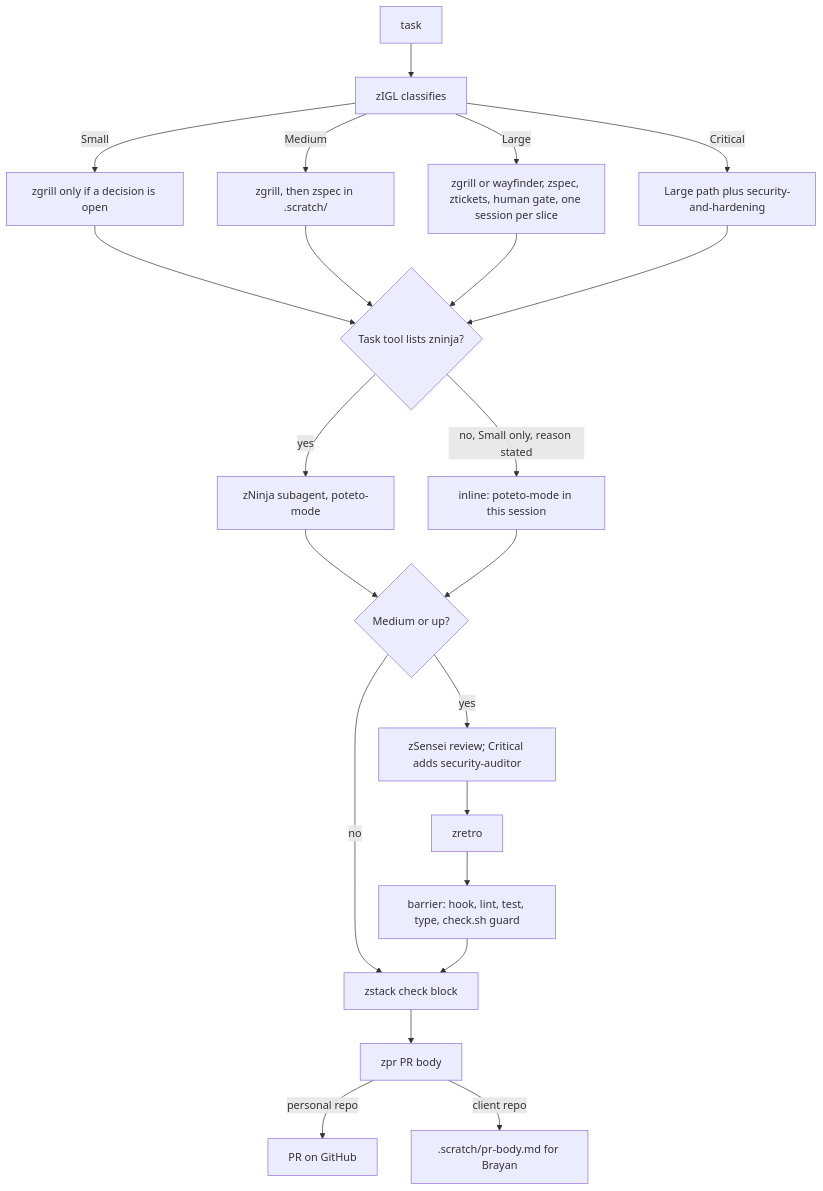
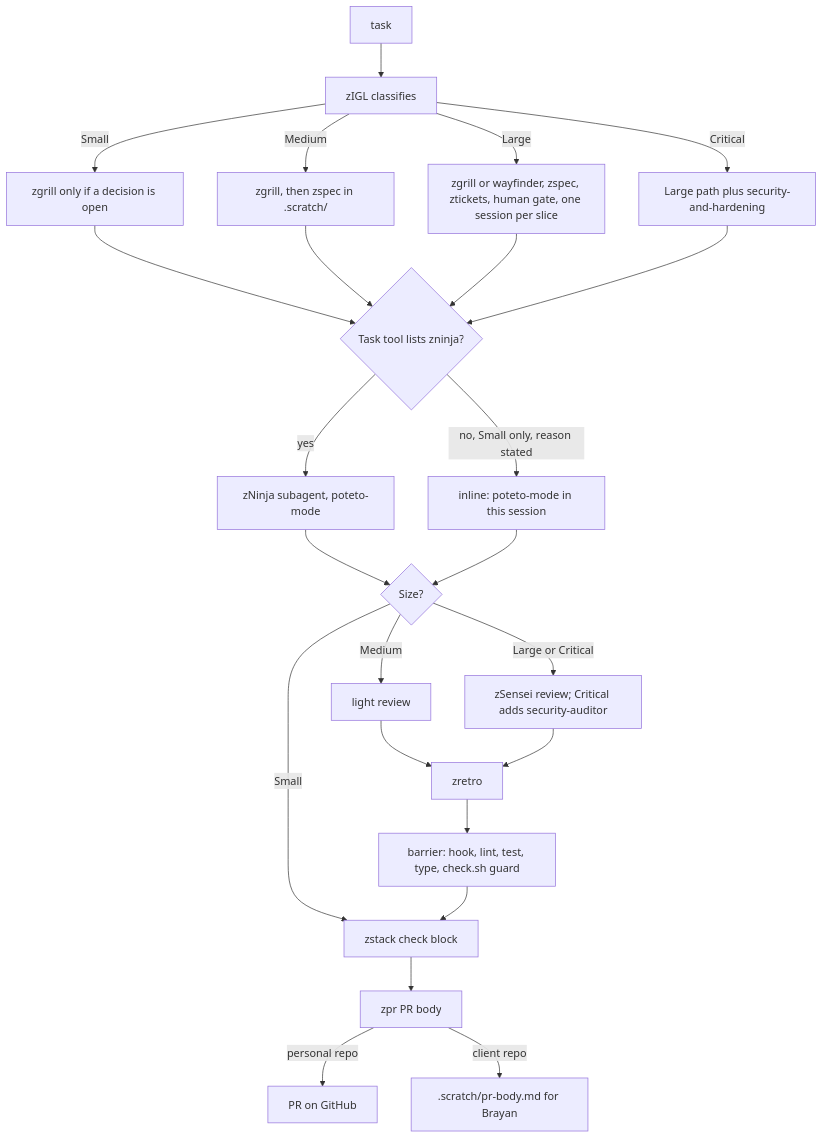
The second of 3 diagrams in docs/architecture.md (Byevenes/agent-workflow), drawn with Mermaid before and after one commit. The commit also changed other lines of this file and 12 other files, not shown here.

First line of the commit message:
feat(zstack): launch the reviewer only for large and critical

````diff
--- a/docs/architecture.md
+++ b/docs/architecture.md
@@ -40,20 +40,22 @@
 ```mermaid
 flowchart TD
   task[task] --> zigl[zIGL classifies]
   zigl -->|Small| s[zgrill only if a decision is open]
   zigl -->|Medium| m[zgrill, then zspec in .scratch/]
   zigl -->|Large| l[zgrill or wayfinder, zspec, ztickets, human gate, one session per slice]
   zigl -->|Critical| c[Large path plus security-and-hardening]
   s & m & l & c --> impl{Task tool lists zninja?}
   impl -->|yes| zn[zNinja subagent, poteto-mode]
   impl -->|no, Small only, reason stated| inl[inline: poteto-mode in this session]
-  zn & inl --> rev{Medium or up?}
-  rev -->|yes| zs[zSensei review; Critical adds security-auditor]
-  rev -->|no| ck
-  zs --> retro[zretro]
+  zn & inl --> rev{Size?}
+  rev -->|Small| ck
+  rev -->|Medium| light[light review]
+  rev -->|Large or Critical| zs[zSensei review; Critical adds security-auditor]
+  light --> retro[zretro]
+  zs --> retro
   retro --> bar[barrier: hook, lint, test, type, check.sh guard]
   bar --> ck[zstack check block]
   ck --> pr[zpr PR body]
   pr -->|personal repo| gh[PR on GitHub]
   pr -->|client repo| draft[.scratch/pr-body.md for Brayan]
 ```
````
